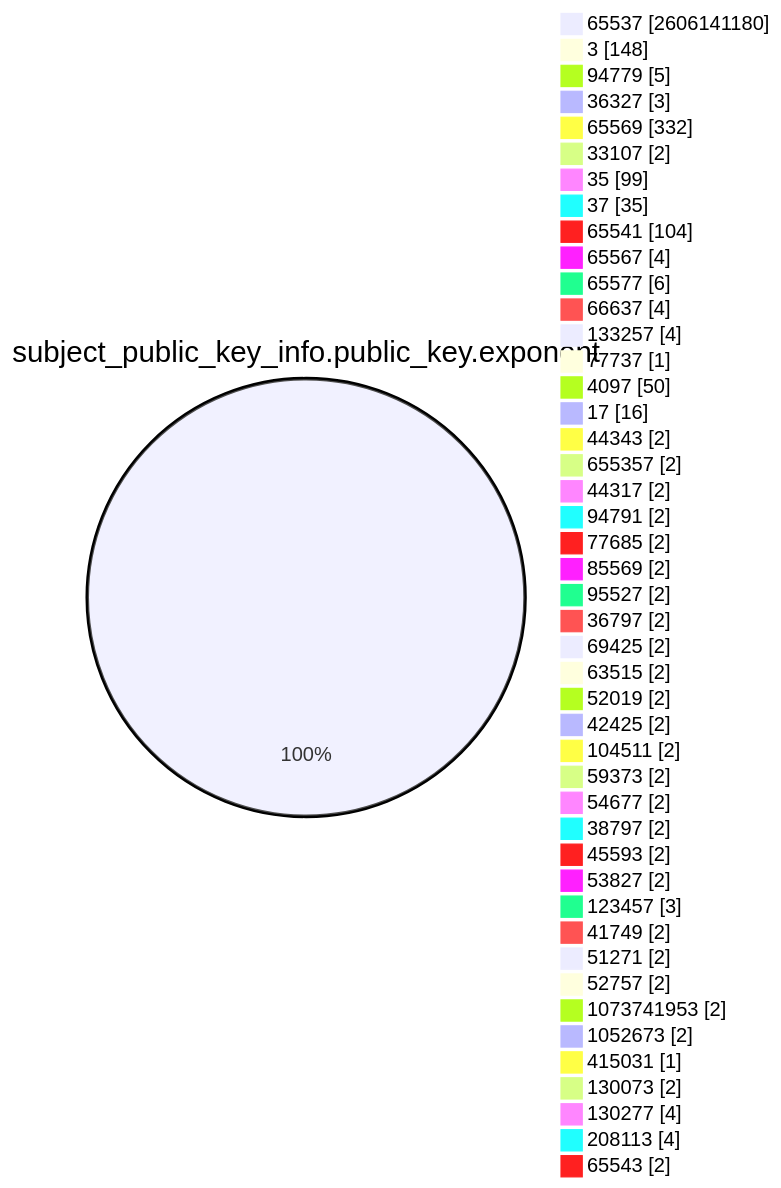
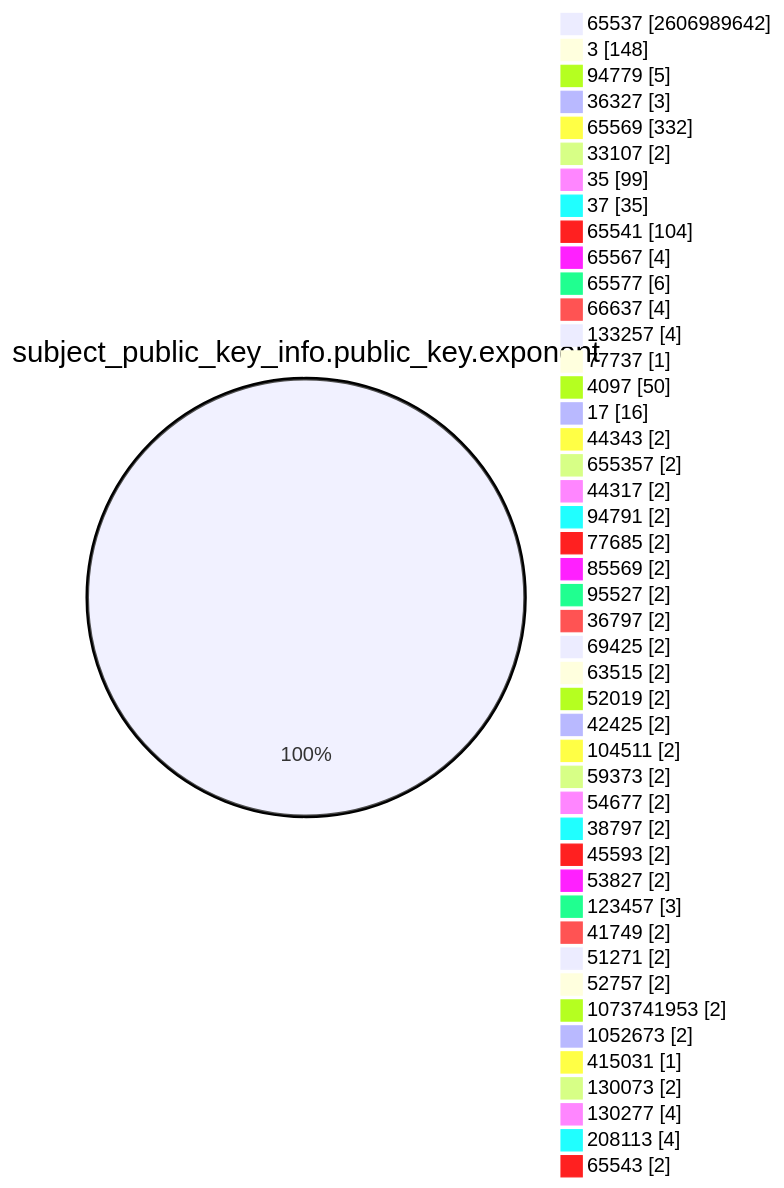
The fourth of 15 diagrams in TOTAL/README.md (christiankrug/ctmonitor_visualization), drawn with Mermaid before and after one commit. The commit also changed other lines of this file, not shown here.

````diff
--- a/TOTAL/README.md
+++ b/TOTAL/README.md
@@ -1465,49 +1465,49 @@
 ```mermaid
 pie showData
 title subject_public_key_info.public_key.exponent
-"65537" :2606141180
+"65537" :2606989642
 "3" :148
 "94779" :5
 "36327" :3
 "65569" :332
 "33107" :2
 "35" :99
 "37" :35
 "65541" :104
 "65567" :4
 "65577" :6
 "66637" :4
 "133257" :4
 "77737" :1
 "4097" :50
 "17" :16
 "44343" :2
 "655357" :2
 "44317" :2
 "94791" :2
 "77685" :2
 "85569" :2
 "95527" :2
 "36797" :2
 "69425" :2
 "63515" :2
 "52019" :2
 "42425" :2
 "104511" :2
 "59373" :2
 "54677" :2
 "38797" :2
 "45593" :2
 "53827" :2
 "123457" :3
 "41749" :2
 "51271" :2
 "52757" :2
 "1073741953" :2
 "1052673" :2
 "415031" :1
 "130073" :2
 "130277" :4
 "208113" :4
 "65543" :2
 ```
````
